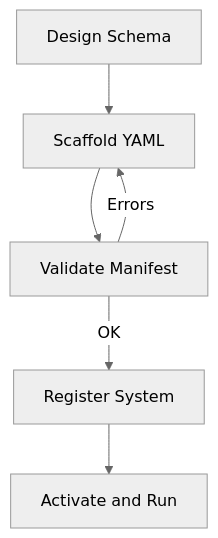
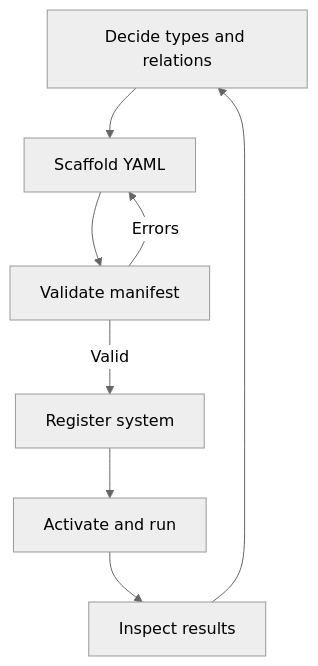
The diagram in docs/tutorials/build-a-domain-definition.md (Mikhail-Shakhnazarov/earmark-kernel), drawn with Mermaid (neutral theme) before and after one commit. The commit also changed other lines of this file and 61 other files, not shown here.

````diff
--- a/docs/tutorials/build-a-domain-definition.md
+++ b/docs/tutorials/build-a-domain-definition.md
@@ -83,8 +115,10 @@
 ```mermaid
 flowchart TD
-    A[Design Schema] --> B[Scaffold YAML]
-    B --> C[Validate Manifest]
+    A[Decide types and relations] --> B[Scaffold YAML]
+    B --> C[Validate manifest]
     C -->|Errors| B
-    C -->|OK| D[Register System]
-    D --> E[Activate and Run]
+    C -->|Valid| D[Register system]
+    D --> E[Activate and run]
+    E --> F[Inspect results]
+    F --> A
 ```
````
